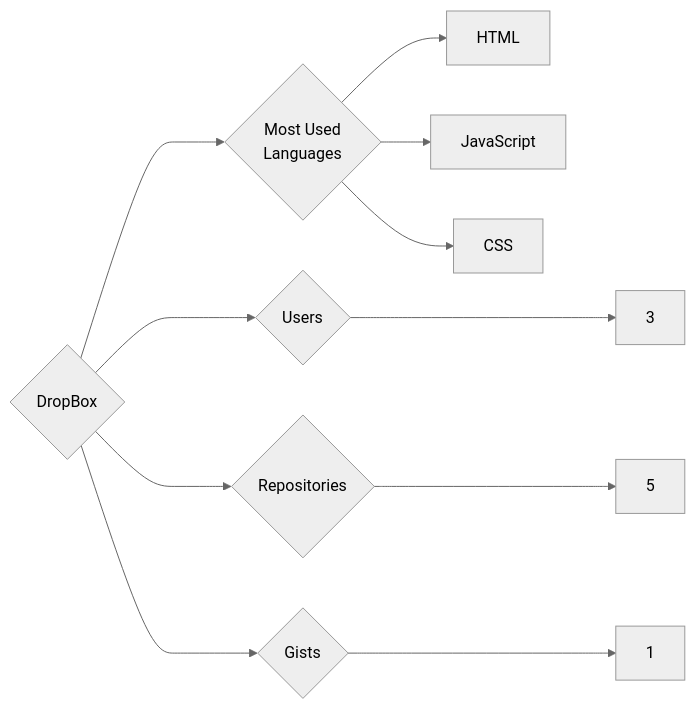
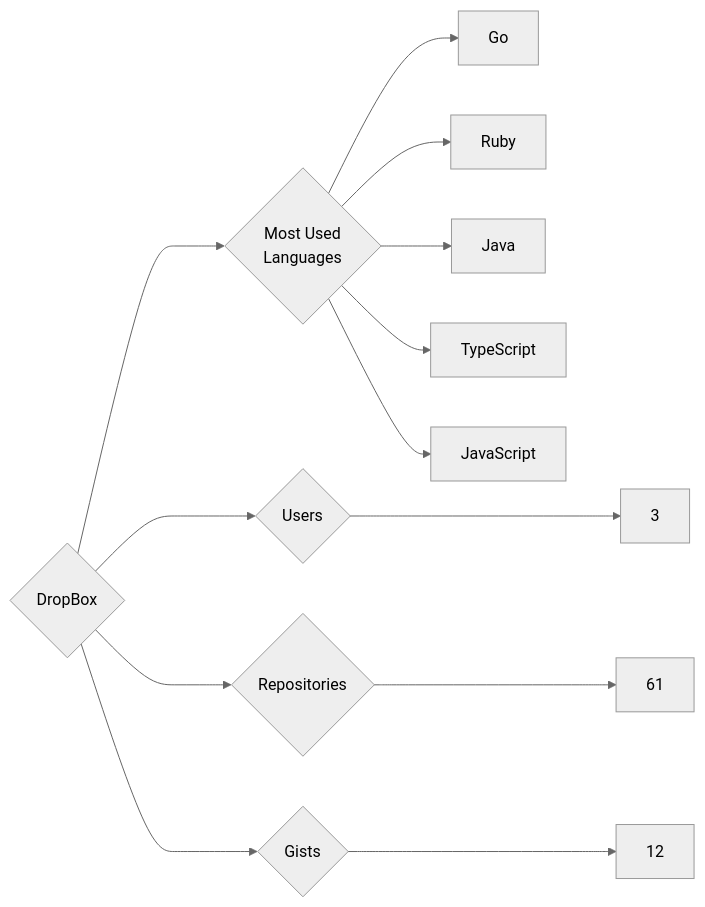
Before and after one commit to trickest/insiders: the diagram in targets/DropBox/README.md, drawn with Mermaid (neutral theme). The commit also changed 1141 other files, not shown here.

````diff
--- a/targets/DropBox/README.md
+++ b/targets/DropBox/README.md
@@ -3,11 +3,13 @@
 ```mermaid
 graph LR
 COMPANY_NAME{DropBox}
 COMPANY_NAME ---> U{Users} ---> UN[3]
-COMPANY_NAME ---> R{Repositories} ---> RN[5]
-COMPANY_NAME ---> G{Gists} ---> GN[1]
+COMPANY_NAME ---> R{Repositories} ---> RN[61]
+COMPANY_NAME ---> G{Gists} ---> GN[12]
 COMPANY_NAME ---> ML{Most Used<br>Languages}
-ML --> HTML[HTML]
+ML --> Go[Go]
+ML --> Ruby[Ruby]
+ML --> Java[Java]
+ML --> TypeScript[TypeScript]
 ML --> JavaScript[JavaScript]
-ML --> CSS[CSS]
 ```
````
